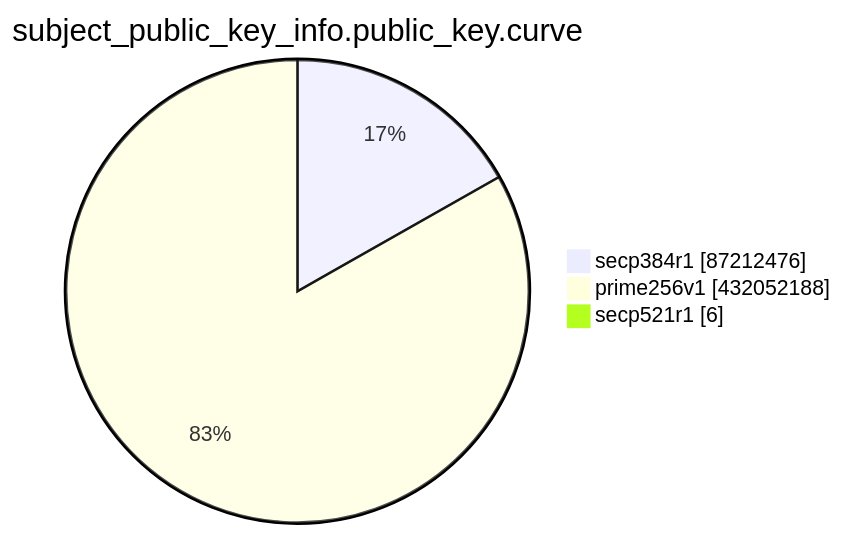
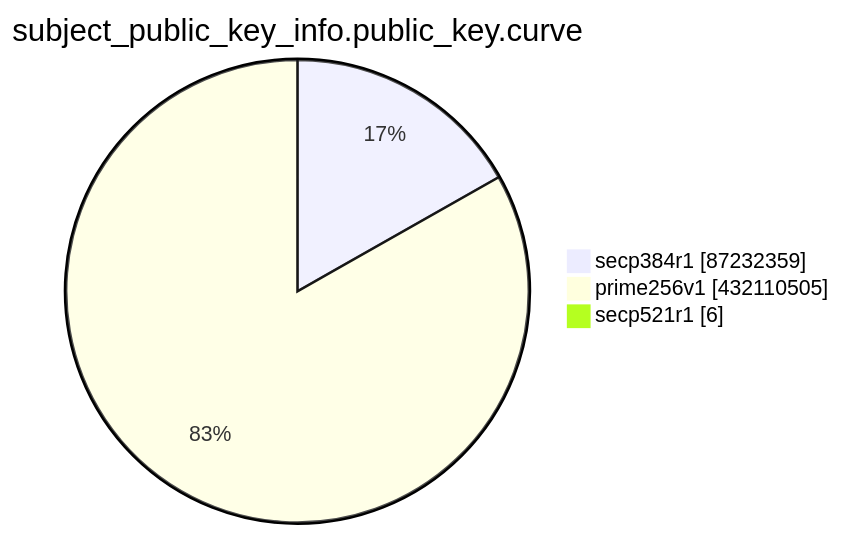
The eighth of 15 diagrams in TOTAL/README.md (christiankrug/ctmonitor_visualization), drawn with Mermaid before and after one commit. The commit also changed other lines of this file, not shown here.

````diff
--- a/TOTAL/README.md
+++ b/TOTAL/README.md
@@ -3100,7 +3100,7 @@
 ```mermaid
 pie showData
 title subject_public_key_info.public_key.curve
-"secp384r1" :87212476
-"prime256v1" :432052188
+"secp384r1" :87232359
+"prime256v1" :432110505
 "secp521r1" :6
 ```
````
